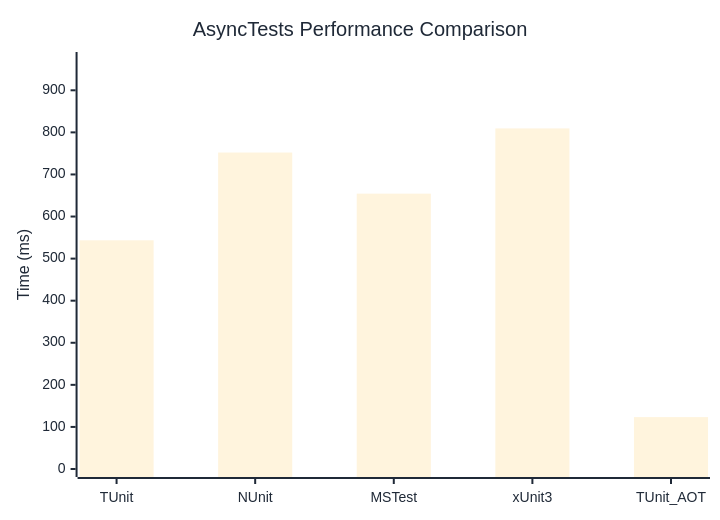
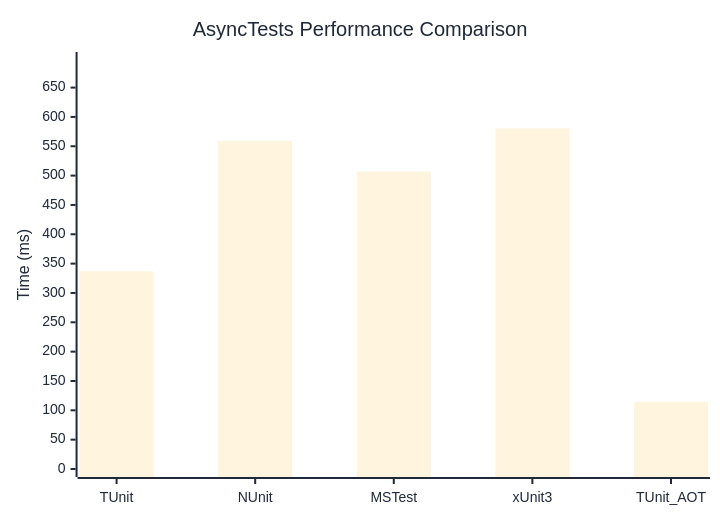
The diagram in docs/docs/benchmarks/AsyncTests.md (thomhurst/TUnit), drawn with Mermaid before and after one commit. The commit also changed other lines of this file and 16 other files, not shown here.

````diff
--- a/docs/docs/benchmarks/AsyncTests.md
+++ b/docs/docs/benchmarks/AsyncTests.md
@@ -27,37 +27,37 @@
 ```mermaid
 %%{init: {
   'theme':'base',
   'themeVariables': {
     'primaryColor': '#2563eb',
     'primaryTextColor': '#1f2937',
     'primaryBorderColor': '#1e40af',
     'lineColor': '#6b7280',
     'secondaryColor': '#7c3aed',
     'tertiaryColor': '#dc2626',
     'background': '#ffffff',
     'mainBkg': '#2563eb',
     'secondBkg': '#7c3aed',
     'tertiaryBkg': '#dc2626',
     'clusterBkg': '#f3f4f6',
     'edgeLabelBackground': '#ffffff',
     'tertiaryTextColor': '#1f2937',
     'pie1': '#2563eb',
     'pie2': '#7c3aed',
     'pie3': '#dc2626',
     'pie4': '#f59e0b',
     'pie5': '#10b981',
     'pie6': '#06b6d4',
     'pie7': '#ec4899',
     'pie8': '#6366f1',
     'pie9': '#84cc16',
     'pie10': '#f97316',
     'pie11': '#14b8a6',
     'pie12': '#a855f7'
   }
 }}%%
 xychart-beta
   title "AsyncTests Performance Comparison"
   x-axis ["TUnit", "NUnit", "MSTest", "xUnit3", "TUnit_AOT"]
-  y-axis "Time (ms)" 0 --> 972
-  bar [543.5, 752.1, 654.4, 809.4, 123.3]
+  y-axis "Time (ms)" 0 --> 697
+  bar [336.8, 559.2, 506.8, 580.5, 114.6]
 ```
````
